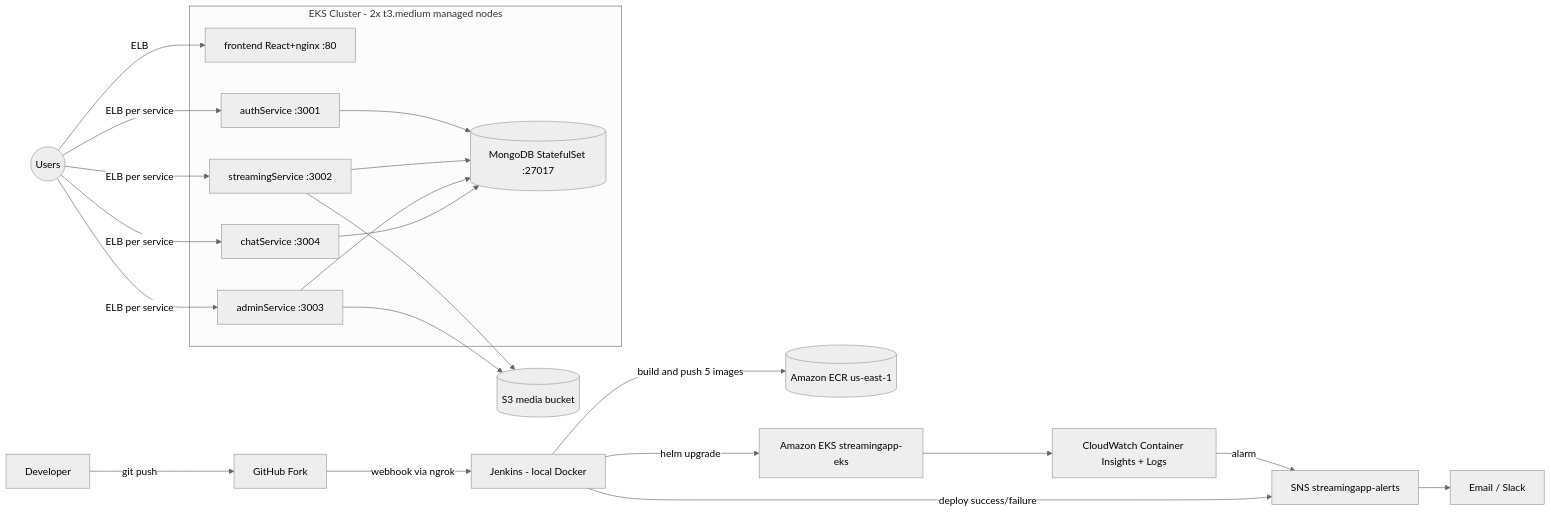
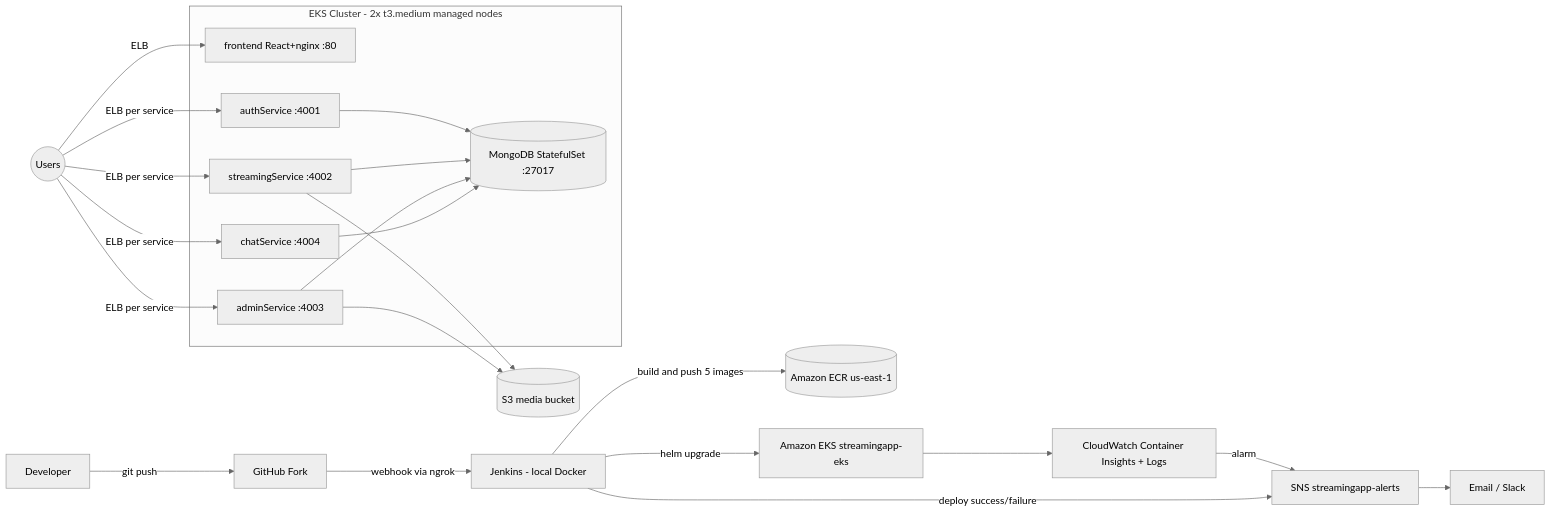
One commit to Avinashsain/container-vuln-scanner changed the diagram in projects/StreamingApp-Assignment-HV/docs/architecture.md. Above: the diagram before and after it, drawn with Mermaid (neutral theme). The commit also changed other lines of this file and 25 other files, not shown here.

````diff
--- a/projects/StreamingApp-Assignment-HV/docs/architecture.md
+++ b/projects/StreamingApp-Assignment-HV/docs/architecture.md
@@ -9,27 +9,27 @@
 ```mermaid
 flowchart LR
   Dev[Developer] -->|git push| GH[GitHub Fork]
   GH -->|webhook via ngrok| J[Jenkins - local Docker]
   J -->|build and push 5 images| ECR[(Amazon ECR us-east-1)]
   J -->|helm upgrade| EKS[Amazon EKS streamingapp-eks]
   subgraph EKS Cluster - 2x t3.medium managed nodes
     FE[frontend React+nginx :80]
-    AU[authService :3001]
-    ST[streamingService :3002]
-    AD[adminService :3003]
-    CH[chatService :3004]
+    AU[authService :4001]
+    ST[streamingService :4002]
+    AD[adminService :4003]
+    CH[chatService :4004]
     M[(MongoDB StatefulSet :27017)]
     AU --> M
     ST --> M
     AD --> M
     CH --> M
   end
   ST --> S3[(S3 media bucket)]
   AD --> S3
   EKS --> CW[CloudWatch Container Insights + Logs]
   CW -->|alarm| SNS[SNS streamingapp-alerts]
   J -->|deploy success/failure| SNS
   SNS --> Notify[Email / Slack]
   User((Users)) -->|ELB| FE
   User -->|ELB per service| AU & ST & AD & CH
 ```
````
